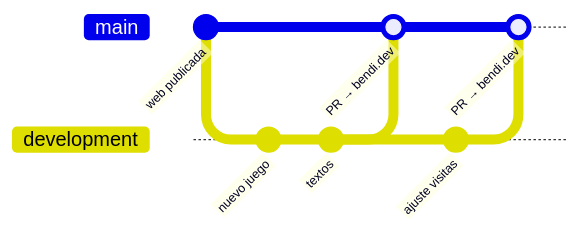
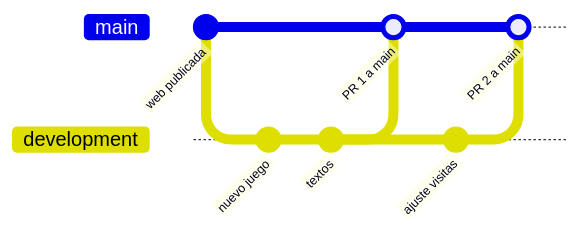
The second of 2 diagrams in README.md (serbenda/serbenda.github.io), drawn with Mermaid before and after one commit. The commit also changed other lines of this file, not shown here.

Commit message:
README: simpler diagram labels

````diff
--- a/README.md
+++ b/README.md
@@ -146,14 +146,14 @@
 ```mermaid
 gitGraph
     commit id: "web publicada"
     branch development
     checkout development
     commit id: "nuevo juego"
     commit id: "textos"
     checkout main
-    merge development id: "PR → bendi.dev"
+    merge development id: "PR 1 a main"
     checkout development
     commit id: "ajuste visitas"
     checkout main
-    merge development id: "PR → bendi.dev "
+    merge development id: "PR 2 a main"
 ```
````
